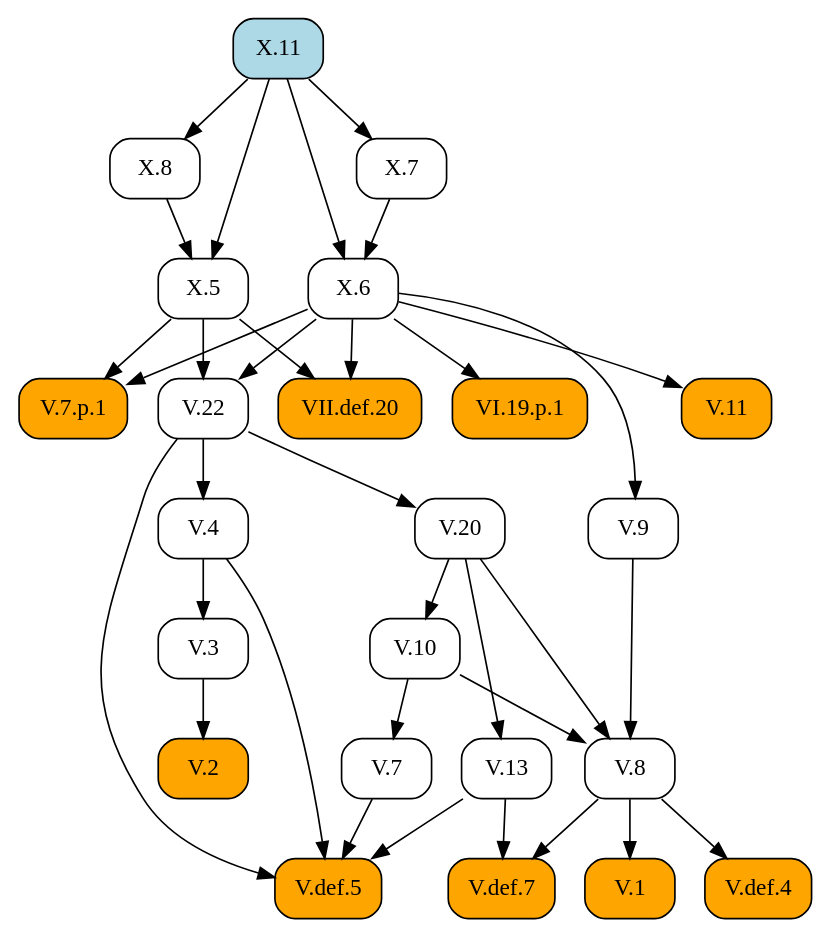
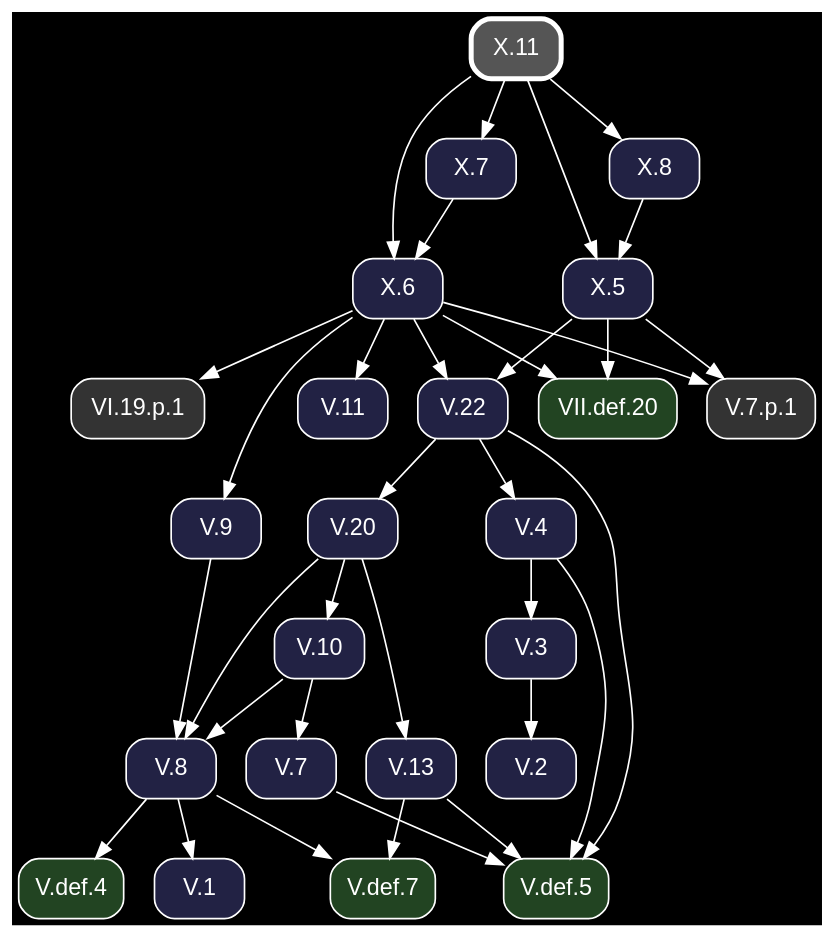
Before and after one commit to geometor/elements: the diagram in docsrc/heath/X/11/index.rst, drawn with Graphviz. The commit also changed other lines of this file and 1200 other files, not shown here.

Commit message:
update dependency graphs

```diff
--- a/docsrc/heath/X/11/index.rst
+++ b/docsrc/heath/X/11/index.rst
@@ -38,62 +38,64 @@
 .. graphviz::
 
    digraph {
+     bgcolor="black";
+     node [shape=box, style="rounded,filled", fontname="Helvetica", color="white", fontcolor="white"];
+     edge [color="white", fontcolor="white"];
      rankdir="TB";
-     node [shape=box, style=rounded];
-     "V.2" [style="rounded,filled", fillcolor=orange, URL="/heath/V/2/", target="_top"];
-     "X.11" [style="rounded,filled", fillcolor=lightblue, URL="/heath/X/11/", target="_top"];
-     "V.def.7" [style="rounded,filled", fillcolor=orange, URL="/heath/V/def.7/", target="_top"];
-     "V.13" [URL="/heath/V/13/", target="_top"];
-     "V.3" [URL="/heath/V/3/", target="_top"];
-     "V.7" [URL="/heath/V/7/", target="_top"];
-     "V.7.p.1" [style="rounded,filled", fillcolor=orange];
-     "X.8" [URL="/heath/X/8/", target="_top"];
-     "X.5" [URL="/heath/X/5/", target="_top"];
-     "VI.19.p.1" [style="rounded,filled", fillcolor=orange];
-     "V.def.5" [style="rounded,filled", fillcolor=orange, URL="/heath/V/def.5/", target="_top"];
-     "X.6" [URL="/heath/X/6/", target="_top"];
-     "V.9" [URL="/heath/V/9/", target="_top"];
-     "V.8" [URL="/heath/V/8/", target="_top"];
-     "V.10" [URL="/heath/V/10/", target="_top"];
-     "X.7" [URL="/heath/X/7/", target="_top"];
-     "V.4" [URL="/heath/V/4/", target="_top"];
-     "V.22" [URL="/heath/V/22/", target="_top"];
-     "V.1" [style="rounded,filled", fillcolor=orange, URL="/heath/V/1/", target="_top"];
-     "V.20" [URL="/heath/V/20/", target="_top"];
-     "V.11" [style="rounded,filled", fillcolor=orange, URL="/heath/V/11/", target="_top"];
-     "VII.def.20" [style="rounded,filled", fillcolor=orange, URL="/heath/VII/def.20/", target="_top"];
-     "V.def.4" [style="rounded,filled", fillcolor=orange, URL="/heath/V/def.4/", target="_top"];
-     "V.3" -> "V.2";
-     "V.8" -> "V.def.7";
-     "V.13" -> "V.def.7";
-     "V.20" -> "V.13";
-     "V.4" -> "V.3";
-     "V.10" -> "V.7";
-     "X.5" -> "V.7.p.1";
-     "X.6" -> "V.7.p.1";
-     "X.11" -> "X.8";
-     "X.8" -> "X.5";
-     "X.11" -> "X.5";
-     "X.6" -> "VI.19.p.1";
+     "V.def.5" [fillcolor="#224422", URL="/heath/V/def.5/", target="_top"];
+     "V.22" [fillcolor="#222244", URL="/heath/V/22/", target="_top"];
+     "X.6" [fillcolor="#222244", URL="/heath/X/6/", target="_top"];
+     "V.11" [fillcolor="#222244", URL="/heath/V/11/", target="_top"];
+     "V.def.7" [fillcolor="#224422", URL="/heath/V/def.7/", target="_top"];
+     "V.def.4" [fillcolor="#224422", URL="/heath/V/def.4/", target="_top"];
+     "V.20" [fillcolor="#222244", URL="/heath/V/20/", target="_top"];
+     "X.5" [fillcolor="#222244", URL="/heath/X/5/", target="_top"];
+     "VII.def.20" [fillcolor="#224422", URL="/heath/VII/def.20/", target="_top"];
+     "X.11" [penwidth=3, color="white", fillcolor="#555555", URL="/heath/X/11/", target="_top"];
+     "X.7" [fillcolor="#222244", URL="/heath/X/7/", target="_top"];
+     "X.8" [fillcolor="#222244", URL="/heath/X/8/", target="_top"];
+     "V.1" [fillcolor="#222244", URL="/heath/V/1/", target="_top"];
+     "VI.19.p.1" [fillcolor="#333333"];
+     "V.2" [fillcolor="#222244", URL="/heath/V/2/", target="_top"];
+     "V.4" [fillcolor="#222244", URL="/heath/V/4/", target="_top"];
+     "V.13" [fillcolor="#222244", URL="/heath/V/13/", target="_top"];
+     "V.8" [fillcolor="#222244", URL="/heath/V/8/", target="_top"];
+     "V.7.p.1" [fillcolor="#333333"];
+     "V.7" [fillcolor="#222244", URL="/heath/V/7/", target="_top"];
+     "V.3" [fillcolor="#222244", URL="/heath/V/3/", target="_top"];
+     "V.9" [fillcolor="#222244", URL="/heath/V/9/", target="_top"];
+     "V.10" [fillcolor="#222244", URL="/heath/V/10/", target="_top"];
      "V.4" -> "V.def.5";
      "V.7" -> "V.def.5";
      "V.13" -> "V.def.5";
      "V.22" -> "V.def.5";
+     "X.5" -> "V.22";
+     "X.6" -> "V.22";
      "X.7" -> "X.6";
      "X.11" -> "X.6";
-     "X.6" -> "V.9";
+     "X.6" -> "V.11";
+     "V.8" -> "V.def.7";
+     "V.13" -> "V.def.7";
+     "V.8" -> "V.def.4";
+     "V.22" -> "V.20";
+     "X.8" -> "X.5";
+     "X.11" -> "X.5";
+     "X.5" -> "VII.def.20";
+     "X.6" -> "VII.def.20";
+     "X.11" -> "X.7";
+     "X.11" -> "X.8";
+     "V.8" -> "V.1";
+     "X.6" -> "VI.19.p.1";
+     "V.3" -> "V.2";
+     "V.22" -> "V.4";
+     "V.20" -> "V.13";
      "V.9" -> "V.8";
      "V.10" -> "V.8";
      "V.20" -> "V.8";
+     "X.5" -> "V.7.p.1";
+     "X.6" -> "V.7.p.1";
+     "V.10" -> "V.7";
+     "V.4" -> "V.3";
+     "X.6" -> "V.9";
      "V.20" -> "V.10";
-     "X.11" -> "X.7";
-     "V.22" -> "V.4";
-     "X.5" -> "V.22";
-     "X.6" -> "V.22";
-     "V.8" -> "V.1";
-     "V.22" -> "V.20";
-     "X.6" -> "V.11";
-     "X.5" -> "VII.def.20";
-     "X.6" -> "VII.def.20";
-     "V.8" -> "V.def.4";
    }
```
